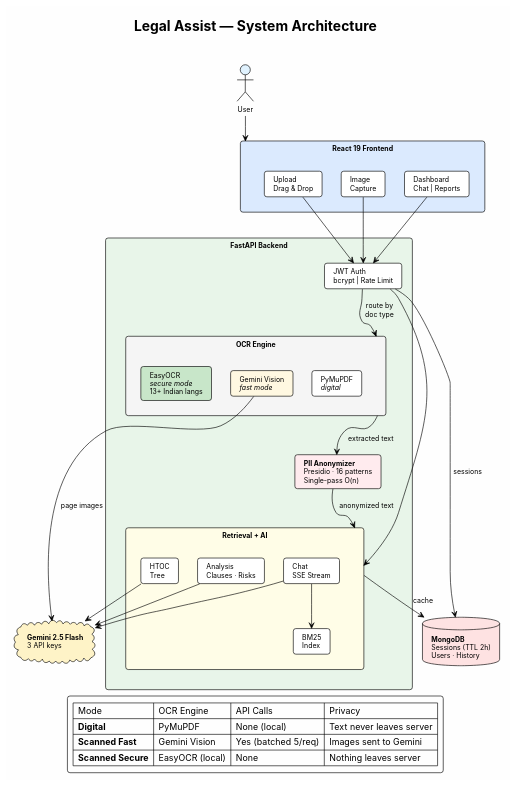
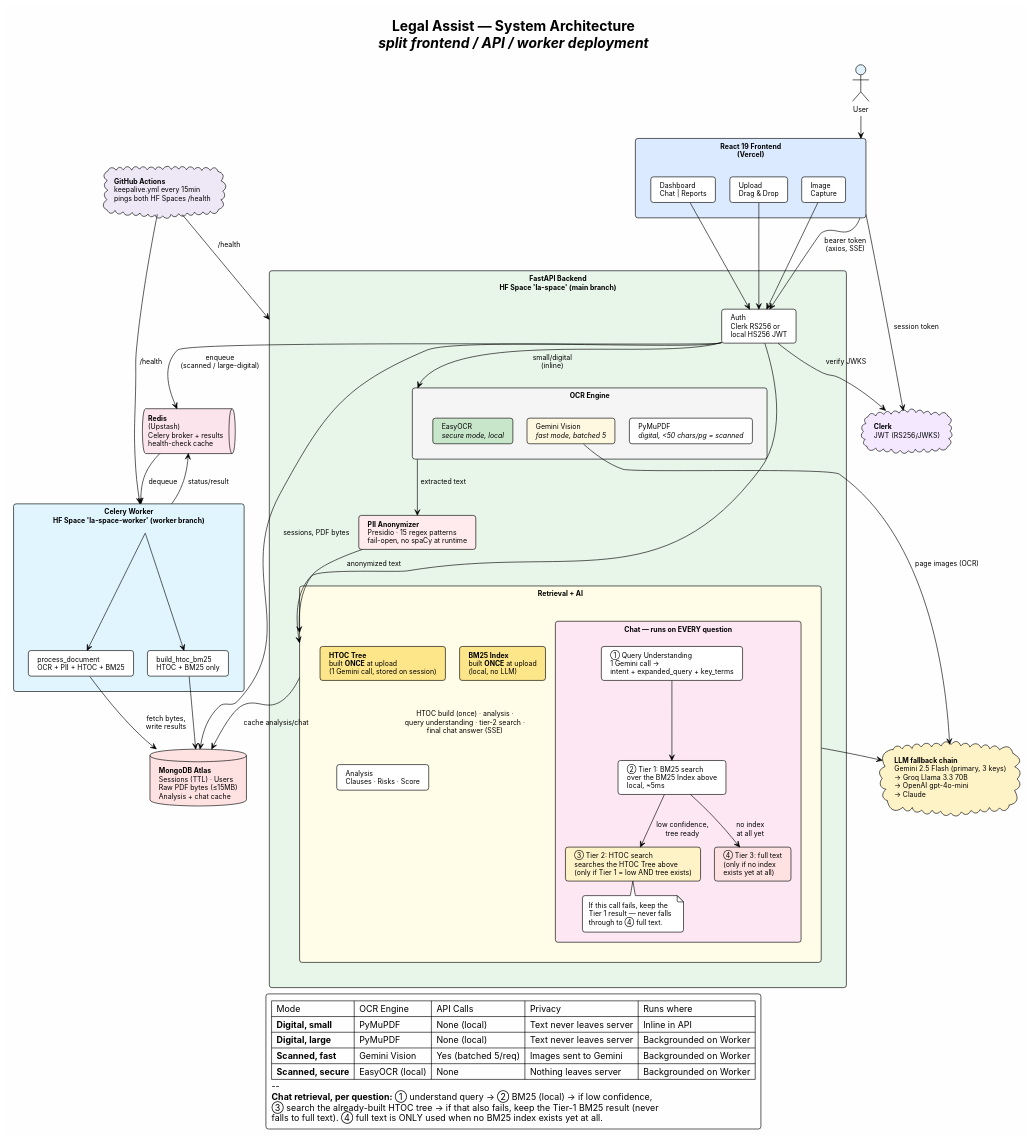
One commit to adityaa2404/legal-assist changed the diagram in docs/architecture.puml. Above: the diagram before and after it, drawn with PlantUML. The commit also changed 15 other files, not shown here.

Commit message:
fix redis polling usage and extended delay to 30s , add report generation on worker side

```diff
--- a/docs/architecture.puml
+++ b/docs/architecture.puml
@@ -1,83 +1,127 @@
 @startuml Legal Assist - Architecture
 
 !theme plain
 skinparam backgroundColor #FEFEFE
 skinparam defaultFontName Inter
 skinparam defaultFontSize 11
 skinparam shadowing false
 skinparam roundCorner 8
-skinparam nodesep 30
-skinparam ranksep 30
+skinparam nodesep 22
+skinparam ranksep 22
 skinparam padding 4
 
-title **Legal Assist** — System Architecture\n
+title **Legal Assist** — System Architecture\n//split frontend / API / worker deployment//
 
 ' ═══════════ TOP ROW: CLIENT ═══════════
 actor "User" as U #E0F2FE
 
-rectangle "**React 19 Frontend**" as FE #DBEAFE {
+rectangle "**React 19 Frontend**\n(Vercel)" as FE #DBEAFE {
     card "Upload\nDrag & Drop" as Upload
     card "Image\nCapture" as Capture
     card "Dashboard\nChat | Reports" as Dash
 }
 
-' ═══════════ MIDDLE: BACKEND ═══════════
-rectangle "**FastAPI Backend**" as BE #E8F5E9 {
+cloud "**Clerk**\nJWT (RS256/JWKS)" as Clerk #F3E8FF
 
-    card "JWT Auth\nbcrypt | Rate Limit" as Auth
+' ═══════════ MIDDLE: BACKEND API ═══════════
+rectangle "**FastAPI Backend**\nHF Space 'la-space' (main branch)" as BE #E8F5E9 {
+
+    card "Auth\nClerk RS256 or\nlocal HS256 JWT" as Auth
 
     rectangle "OCR Engine" as OCR #F5F5F5 {
-        card "PyMuPDF\n//digital//" as PyMu
-        card "Gemini Vision\n//fast mode//" as GVision #FFF8E1
-        card "EasyOCR\n//secure mode//\n13+ Indian langs" as EasyOCR #C8E6C9
+        card "PyMuPDF\n//digital, <50 chars/pg = scanned//" as PyMu
+        card "Gemini Vision\n//fast mode, batched 5//" as GVision #FFF8E1
+        card "EasyOCR\n//secure mode, local//" as EasyOCR #C8E6C9
     }
 
-    card "**PII Anonymizer**\nPresidio · 16 patterns\nSingle-pass O(n)" as PII #FFEBEE
+    card "**PII Anonymizer**\nPresidio · 15 regex patterns\nfail-open, no spaCy at runtime" as PII #FFEBEE
 
     rectangle "Retrieval + AI" as RAG #FFFDE7 {
-        card "HTOC\nTree" as HTOC
-        card "BM25\nIndex" as BM25
-        card "Analysis\nClauses · Risks" as Ana
-        card "Chat\nSSE Stream" as Chat
+
+        card "**HTOC Tree**\nbuilt **ONCE** at upload\n(1 Gemini call, stored on session)" as HTOC #FDE68A
+        card "**BM25 Index**\nbuilt **ONCE** at upload\n(local, no LLM)" as BM25Idx #FDE68A
+
+        card "Analysis\nClauses · Risks · Score" as Ana
+
+        rectangle "**Chat — runs on EVERY question**" as ChatFlow #FCE7F3 {
+            card "① Query Understanding\n1 Gemini call →\nintent + expanded_query + key_terms" as QU
+            card "② Tier 1: BM25 search\nover the BM25 Index above\nlocal, ~5ms" as T1
+            card "③ Tier 2: HTOC search\nsearches the HTOC Tree above\n(only if Tier 1 = low AND tree exists)" as T2 #FEF3C7
+            card "④ Tier 3: full text\n(only if no index\nexists yet at all)" as T3 #FEE2E2
+
+            QU --> T1
+            T1 --> T2 : low confidence,\ntree ready
+            T1 --> T3 : no index\nat all yet
+            note bottom of T2
+                If this call fails, keep the
+                Tier 1 result — never falls
+                through to ④ full text.
+            end note
+        }
     }
 }
 
+' ═══════════ WORKER (SEPARATE DEPLOY) ═══════════
+rectangle "**Celery Worker**\nHF Space 'la-space-worker' (worker branch)" as Worker #E1F5FE {
+    card "process_document\nOCR + PII + HTOC + BM25" as TaskProc
+    card "build_htoc_bm25\nHTOC + BM25 only" as TaskHtoc
+}
+
+' ═══════════ QUEUE ═══════════
+queue "**Redis**\n(Upstash)\nCelery broker + results\nhealth-check cache" as Redis #FCE4EC
+
 ' ═══════════ BOTTOM: EXTERNAL ═══════════
-database "**MongoDB**\nSessions (TTL 2h)\nUsers · History" as DB #FEE2E2
-cloud "**Gemini 2.5 Flash**\n3 API keys" as Gemini #FEF3C7
+database "**MongoDB Atlas**\nSessions (TTL) · Users\nRaw PDF bytes (≤15MB)\nAnalysis + chat cache" as DB #FEE2E2
 
-' ═══════════ CLEAN CONNECTIONS ═══════════
+cloud "**LLM fallback chain**\nGemini 2.5 Flash (primary, 3 keys)\n→ Groq Llama 3.3 70B\n→ OpenAI gpt-4o-mini\n→ Claude" as LLM #FEF3C7
+
+cloud "**GitHub Actions**\nkeepalive.yml every 15min\npings both HF Spaces /health" as GHA #EDE7F6
+
+' ═══════════ CONNECTIONS ═══════════
 
 U --> FE
+FE --> Clerk : session token
+FE --> Auth : bearer token\n(axios, SSE)
 
 Upload --> Auth
 Capture --> Auth
 Dash --> Auth
 
-Auth --> OCR : route by\ndoc type
+Auth --> Clerk : verify JWKS
+Auth --> OCR : small/digital\n(inline)
 Auth --> RAG
+Auth --> DB : sessions, PDF bytes
 
 OCR --> PII : extracted text
 PII --> RAG : anonymized text
 
-' OCR to Gemini
-GVision --> Gemini : page images
+Auth --> Redis : enqueue\n(scanned / large-digital)
+Redis --> Worker : dequeue
+Worker --> TaskProc
+Worker --> TaskHtoc
+TaskProc --> DB : fetch bytes,\nwrite results
+TaskHtoc --> DB
+Worker --> Redis : status/result
 
-' RAG to externals
-HTOC --> Gemini
-Ana --> Gemini
-Chat --> Gemini
-Chat --> BM25
+GVision --> LLM : page images (OCR)
+RAG --> LLM : HTOC build (once) · analysis ·\nquery understanding · tier-2 search ·\nfinal chat answer (SSE)
 
-RAG --> DB : cache
-Auth --> DB : sessions
+RAG --> DB : cache analysis/chat
+
+GHA --> BE : /health
+GHA --> Worker : /health
 
 ' ═══════════ LEGEND ═══════════
 legend bottom
-  | Mode | OCR Engine | API Calls | Privacy |
-  | **Digital** | PyMuPDF | None (local) | Text never leaves server |
-  | **Scanned Fast** | Gemini Vision | Yes (batched 5/req) | Images sent to Gemini |
-  | **Scanned Secure** | EasyOCR (local) | None | Nothing leaves server |
+  | Mode | OCR Engine | API Calls | Privacy | Runs where |
+  | **Digital, small** | PyMuPDF | None (local) | Text never leaves server | Inline in API |
+  | **Digital, large** | PyMuPDF | None (local) | Text never leaves server | Backgrounded on Worker |
+  | **Scanned, fast** | Gemini Vision | Yes (batched 5/req) | Images sent to Gemini | Backgrounded on Worker |
+  | **Scanned, secure** | EasyOCR (local) | None | Nothing leaves server | Backgrounded on Worker |
+  --
+  **Chat retrieval, per question:** ① understand query → ② BM25 (local) → if low confidence,
+  ③ search the already-built HTOC tree → if that also fails, keep the Tier-1 BM25 result (never
+  falls to full text). ④ full text is ONLY used when no BM25 index exists yet at all.
 end legend
 
 @enduml
```
